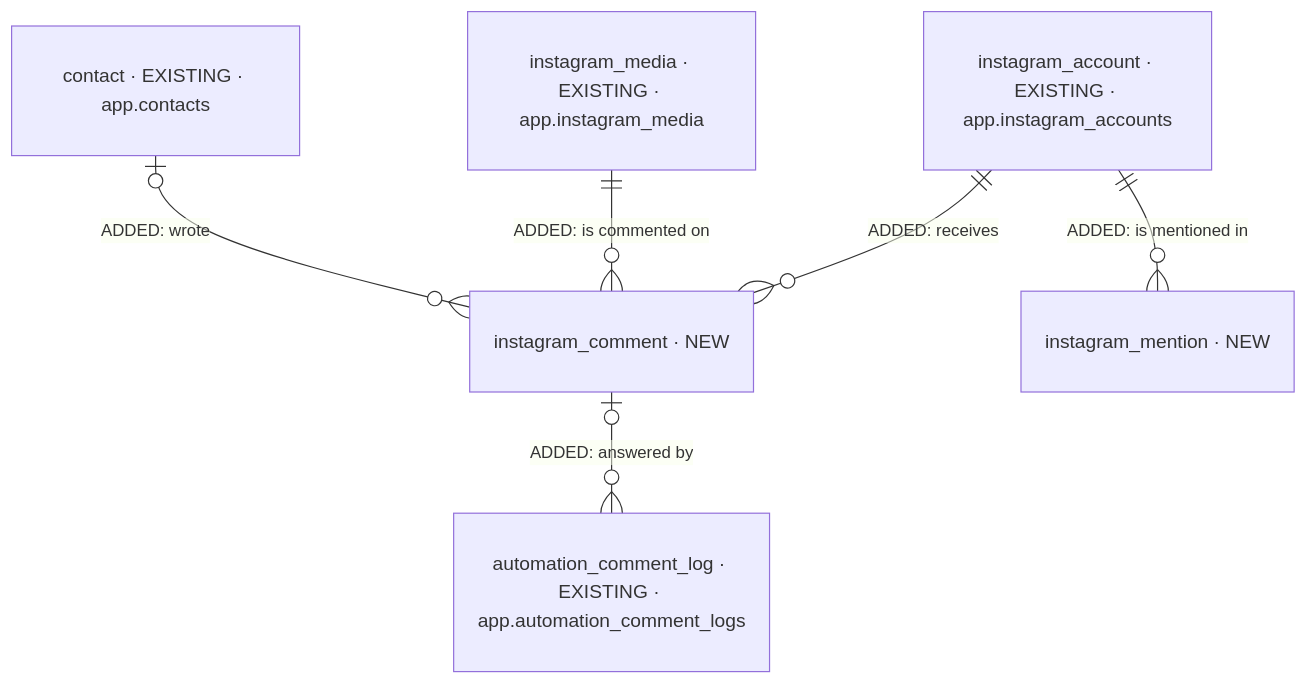
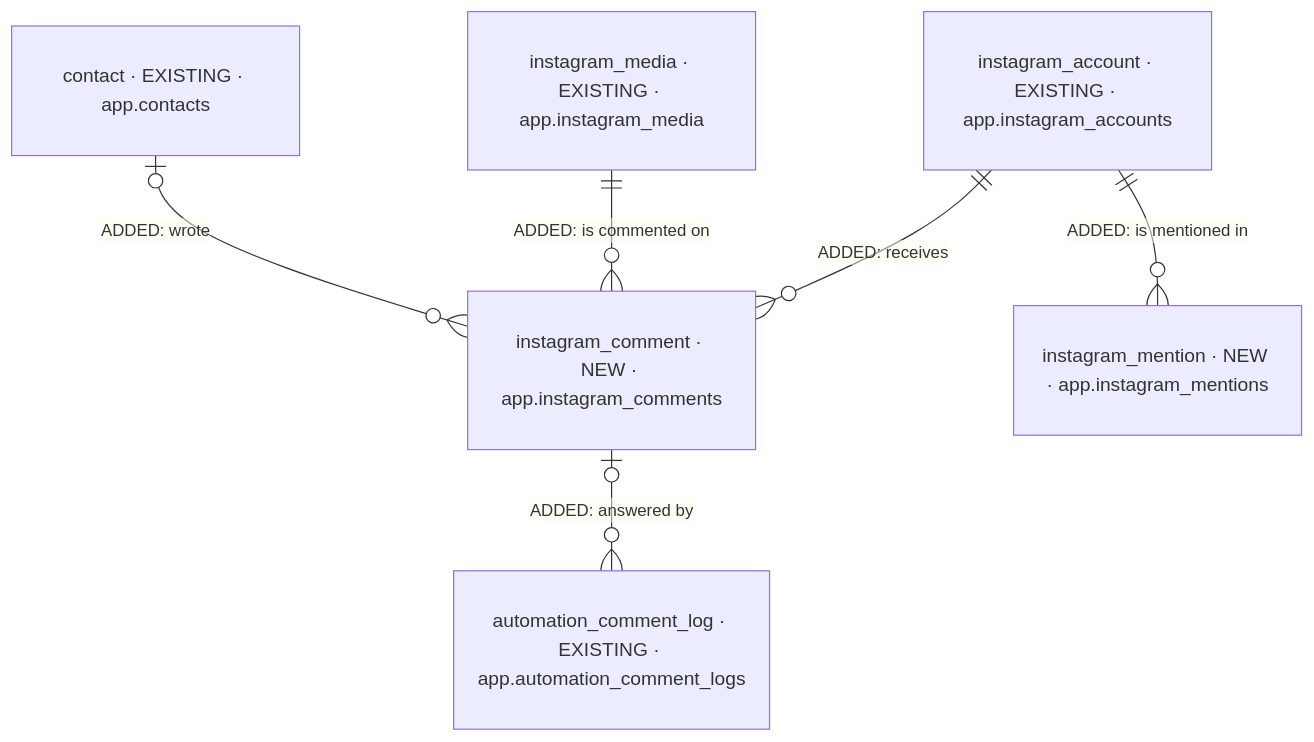
One commit to albetrios/meepzo-be changed the first of 3 diagrams in iterations/feat-instagram-engage-2026-11-26-suzw/plans/db-changes.md. Above: the diagram before and after it, drawn with Mermaid. The commit also changed other lines of this file and 1 other file, not shown here.

First line of the commit message:
docs(iterations): plan feat-instagram-engage — step 4 answers

````diff
--- a/iterations/feat-instagram-engage-2026-11-26-suzw/plans/db-changes.md
+++ b/iterations/feat-instagram-engage-2026-11-26-suzw/plans/db-changes.md
@@ -7,14 +7,14 @@
 ```mermaid
 erDiagram
   instagram_account["instagram_account · EXISTING · app.instagram_accounts"]
   instagram_media["instagram_media · EXISTING · app.instagram_media"]
   automation_comment_log["automation_comment_log · EXISTING · app.automation_comment_logs"]
   contact["contact · EXISTING · app.contacts"]
-  instagram_comment["instagram_comment · NEW"]
-  instagram_mention["instagram_mention · NEW"]
+  instagram_comment["instagram_comment · NEW · app.instagram_comments"]
+  instagram_mention["instagram_mention · NEW · app.instagram_mentions"]
   instagram_account ||--o{ instagram_comment : "ADDED: receives"
   instagram_media ||--o{ instagram_comment : "ADDED: is commented on"
   instagram_comment |o--o{ automation_comment_log : "ADDED: answered by"
   contact |o--o{ instagram_comment : "ADDED: wrote"
   instagram_account ||--o{ instagram_mention : "ADDED: is mentioned in"
 ```
````
